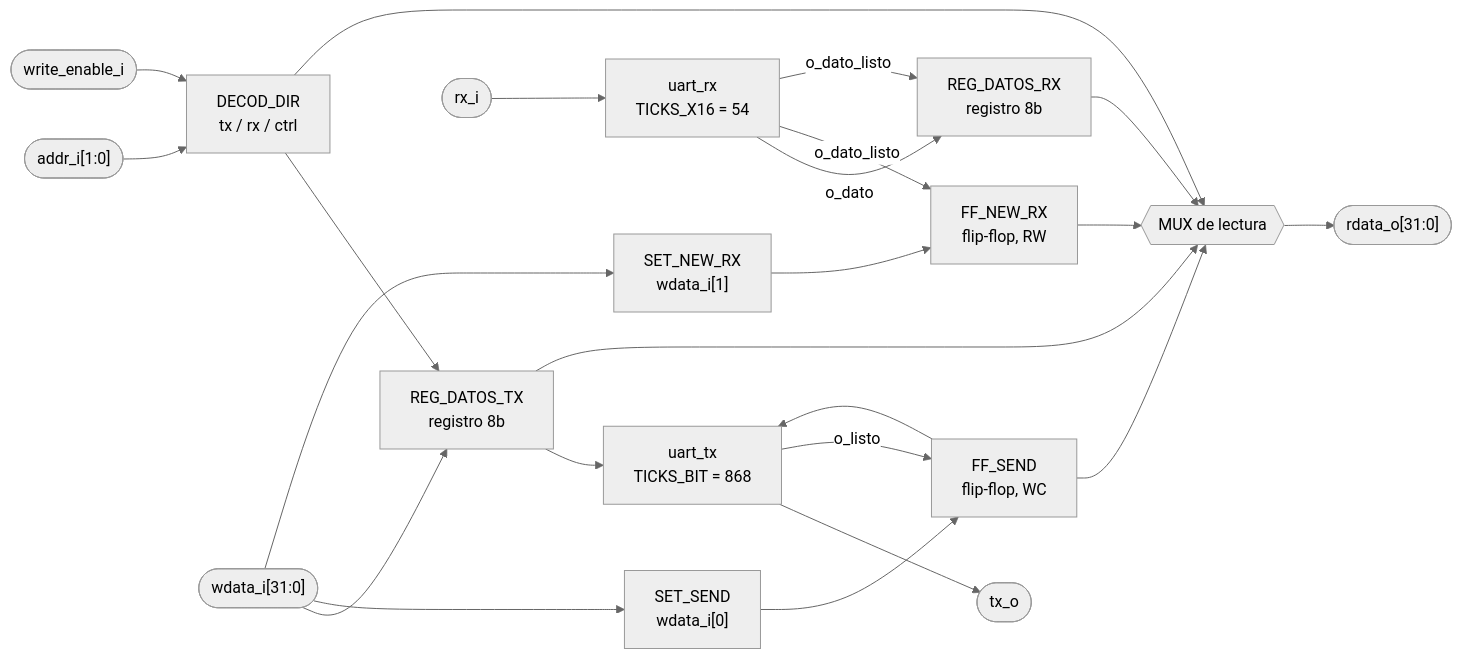
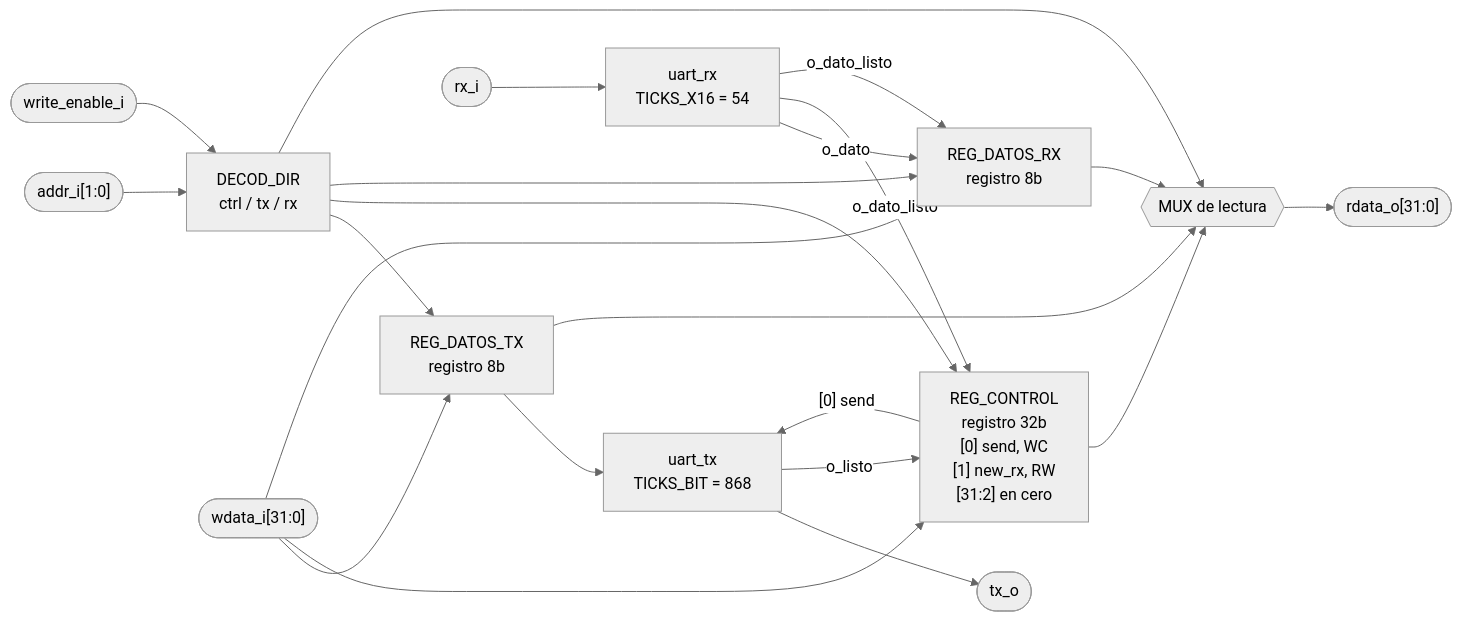
Before and after one commit to Taller-de-diseno-digital-GR01/Proyecto-3-Batalla-Naval: the second of 2 diagrams in docs/diseño/modulos/PERIFERICO_UART.md, drawn with Mermaid (neutral theme). The commit also changed other lines of this file, not shown here.

````diff
--- a/docs/diseño/modulos/PERIFERICO_UART.md
+++ b/docs/diseño/modulos/PERIFERICO_UART.md
@@ -196,30 +219,28 @@
 ```mermaid
 flowchart LR
-    ADDR(["addr_i[1:0]"]) --> DEC["DECOD_DIR<br/>tx / rx / ctrl"]
+    ADDR(["addr_i[1:0]"]) --> DEC["DECOD_DIR<br/>ctrl / tx / rx"]
     WE(["write_enable_i"]) --> DEC
 
     WDATA(["wdata_i[31:0]"]) --> REG_TX["REG_DATOS_TX<br/>registro 8b"]
     DEC --> REG_TX
-    WDATA --> BIT_SEND["SET_SEND<br/>wdata_i[0]"]
-    WDATA --> BIT_NRX["SET_NEW_RX<br/>wdata_i[1]"]
-
-    BIT_SEND --> FF_SEND["FF_SEND<br/>flip-flop, WC"]
-    BIT_NRX --> FF_NRX["FF_NEW_RX<br/>flip-flop, RW"]
+    WDATA --> REG_CTRL["REG_CONTROL<br/>registro 32b<br/>[0] send, WC<br/>[1] new_rx, RW<br/>[31:2] en cero"]
+    DEC --> REG_CTRL
+    WDATA --> REG_RX["REG_DATOS_RX<br/>registro 8b"]
+    DEC --> REG_RX
 
     REG_TX --> NUC_TX["uart_tx<br/>TICKS_BIT = 868"]
-    FF_SEND --> NUC_TX
+    REG_CTRL -->|"[0] send"| NUC_TX
     NUC_TX --> OUT_TX(["tx_o"])
-    NUC_TX -->|o_listo| FF_SEND
+    NUC_TX -->|o_listo| REG_CTRL
 
     IN_RX(["rx_i"]) --> NUC_RX["uart_rx<br/>TICKS_X16 = 54"]
-    NUC_RX -->|o_dato| REG_RX["REG_DATOS_RX<br/>registro 8b"]
-    NUC_RX -->|o_dato_listo| FF_NRX
+    NUC_RX -->|o_dato| REG_RX
+    NUC_RX -->|o_dato_listo| REG_CTRL
     NUC_RX -->|o_dato_listo| REG_RX
 
-    REG_TX --> MUX_RD{{"MUX de lectura"}}
+    REG_CTRL --> MUX_RD{{"MUX de lectura"}}
+    REG_TX --> MUX_RD
     REG_RX --> MUX_RD
-    FF_SEND --> MUX_RD
-    FF_NRX --> MUX_RD
     DEC --> MUX_RD
     MUX_RD --> OUT_RD(["rdata_o[31:0]"])
 ```
````
